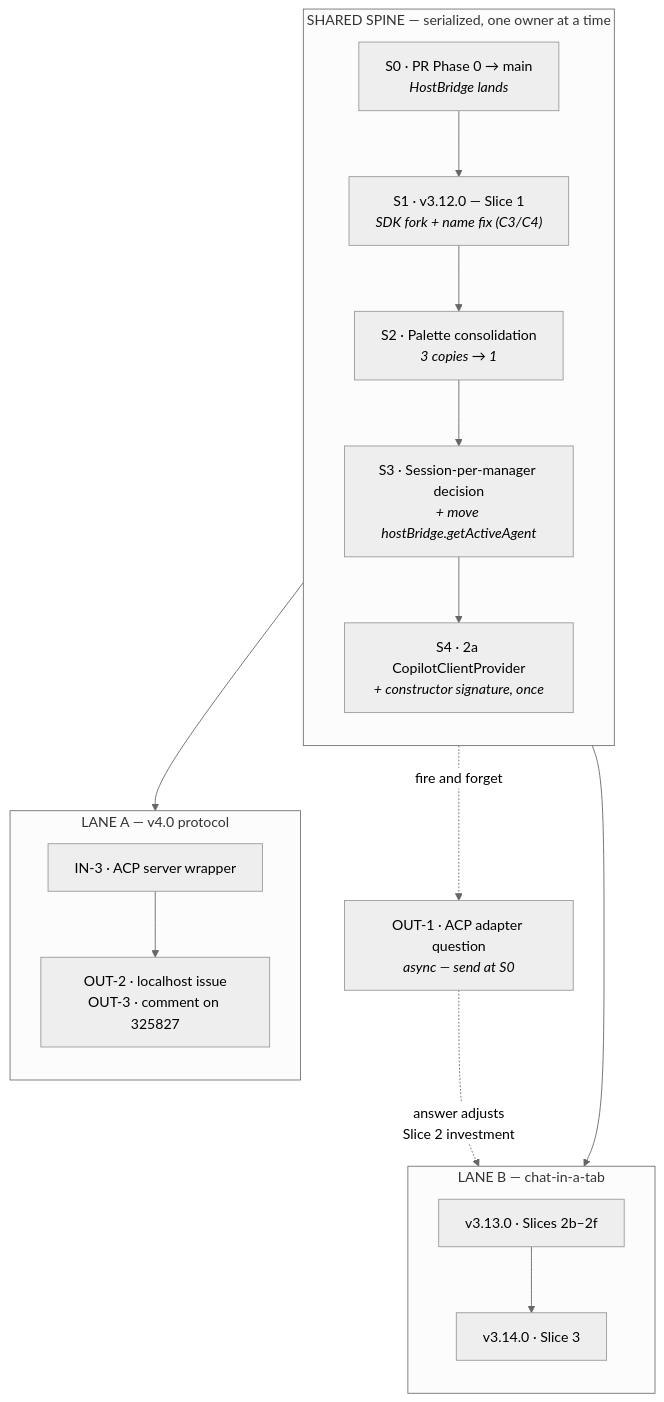
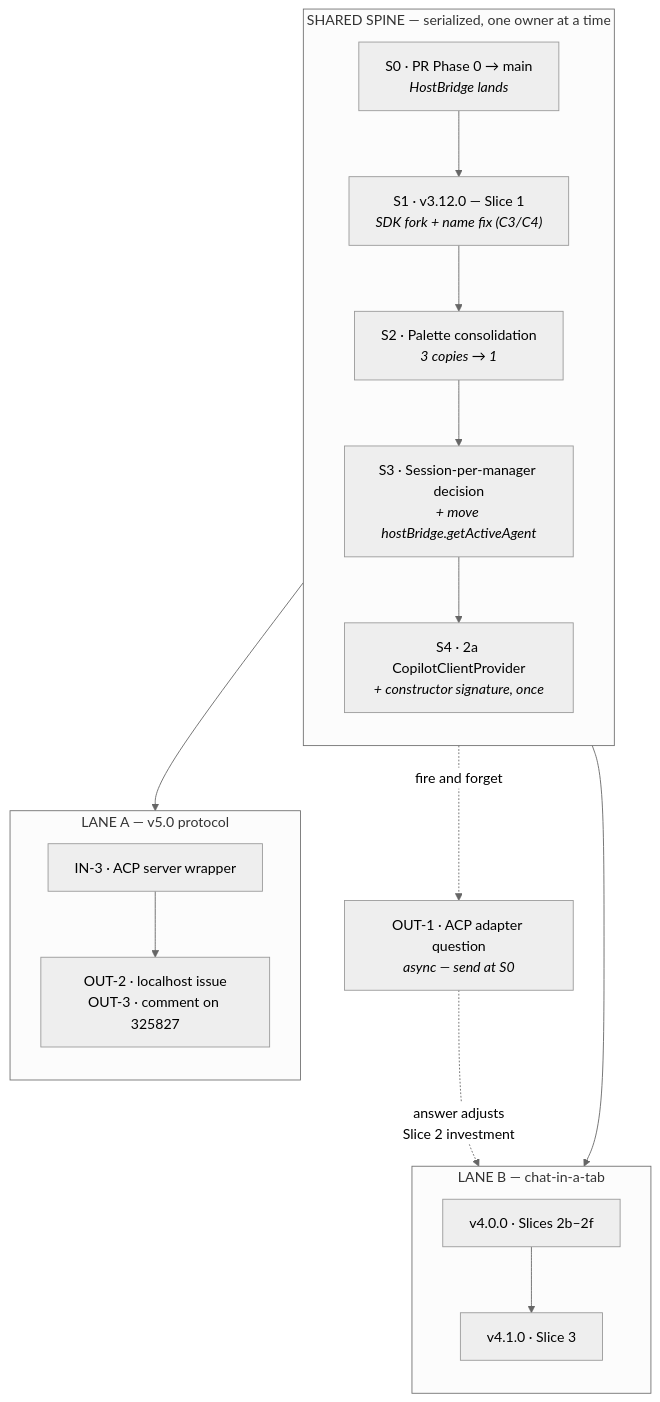
The diagram in planning/acp-ahp-chat-tabs-dual-stream-work-order.md (darthmolen/vscode-extension-copilot-cli), drawn with Mermaid (neutral theme) before and after one commit. The commit also changed other lines of this file and 99 other files, not shown here.

````diff
--- a/planning/acp-ahp-chat-tabs-dual-stream-work-order.md
+++ b/planning/acp-ahp-chat-tabs-dual-stream-work-order.md
@@ -18,25 +18,25 @@
 ```mermaid
 flowchart TD
     subgraph SPINE["SHARED SPINE — serialized, one owner at a time"]
         direction TB
         S0["S0 · PR Phase 0 → main<br/><i>HostBridge lands</i>"]
         S1["S1 · v3.12.0 — Slice 1<br/><i>SDK fork + name fix (C3/C4)</i>"]
         S2["S2 · Palette consolidation<br/><i>3 copies → 1</i>"]
         S3["S3 · Session-per-manager decision<br/><i>+ move hostBridge.getActiveAgent</i>"]
         S4["S4 · 2a CopilotClientProvider<br/><i>+ constructor signature, once</i>"]
         S0 --> S1 --> S2 --> S3 --> S4
     end
     OUT1["OUT-1 · ACP adapter question<br/><i>async — send at S0</i>"]
     S0 -.->|fire and forget| OUT1
     S4 --> A1
     S4 --> B1
-    subgraph LANEA["LANE A — v4.0 protocol"]
+    subgraph LANEA["LANE A — v5.0 protocol"]
         direction TB
         A1["IN-3 · ACP server wrapper"] --> A2["OUT-2 · localhost issue<br/>OUT-3 · comment on 325827"]
     end
     subgraph LANEB["LANE B — chat-in-a-tab"]
         direction TB
-        B1["v3.13.0 · Slices 2b–2f"] --> B2["v3.14.0 · Slice 3"]
+        B1["v4.0.0 · Slices 2b–2f"] --> B2["v4.1.0 · Slice 3"]
     end
     OUT1 -.->|answer adjusts<br/>Slice 2 investment| B1
 ```
````
